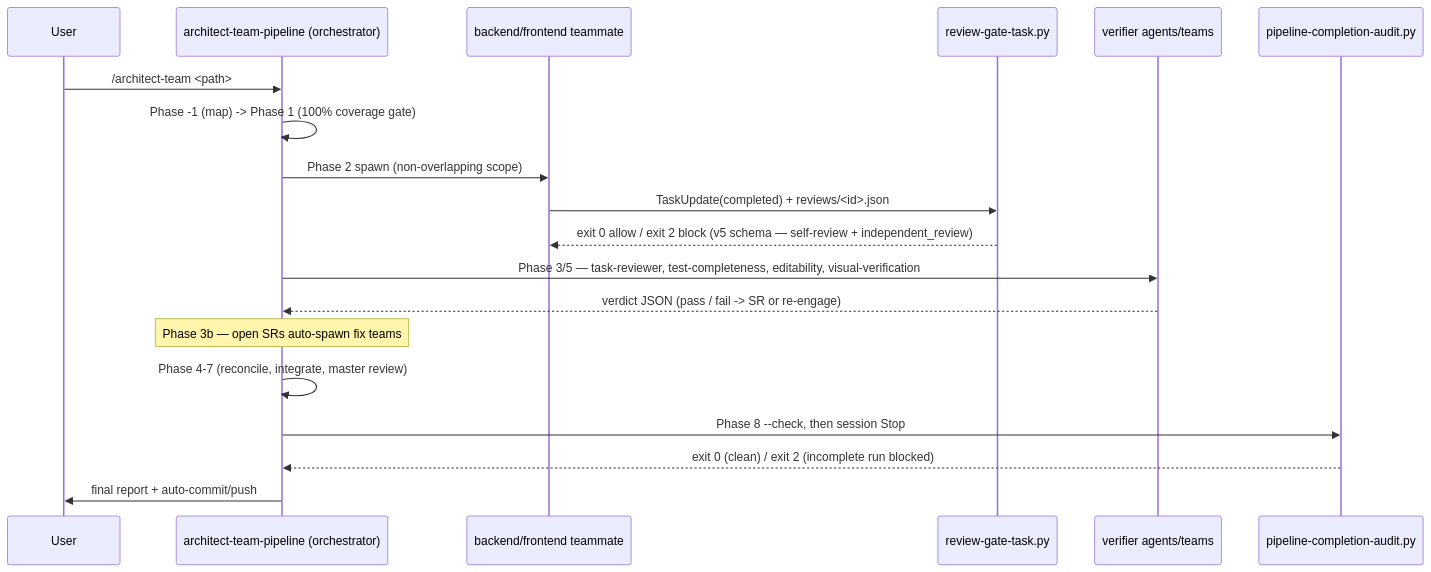
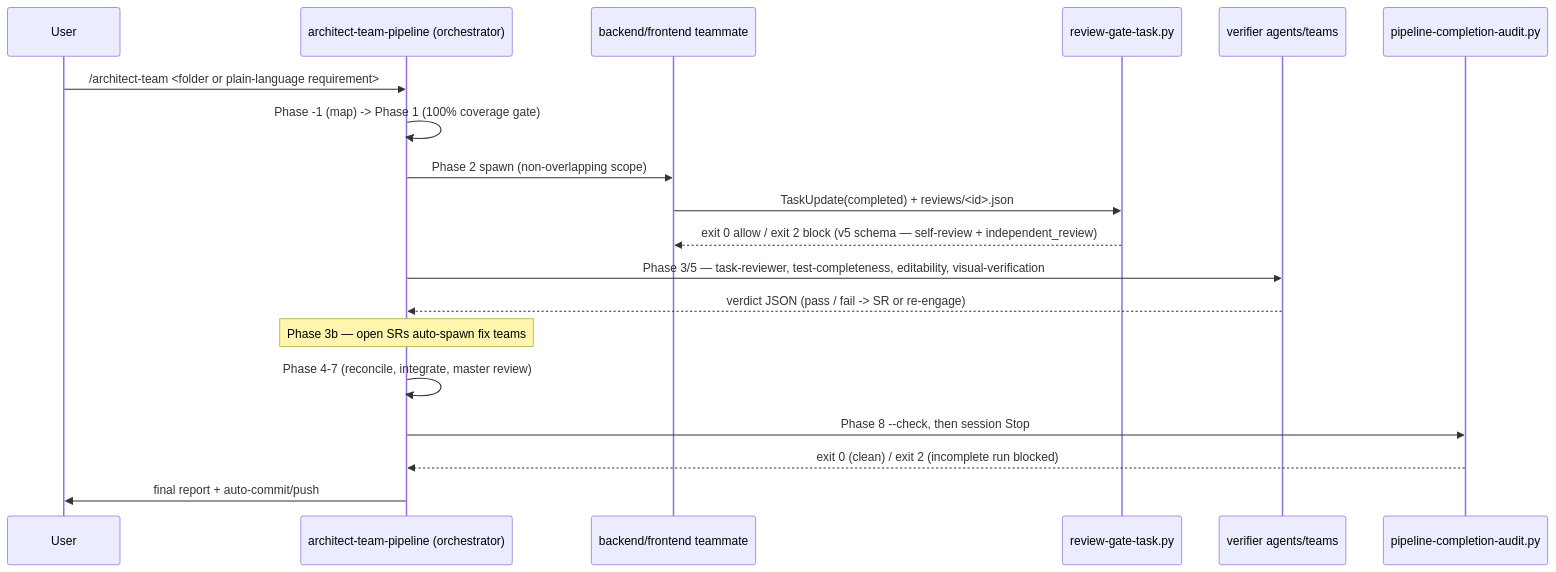
The second of 2 diagrams in docs/CODEBASE_MAP.md (paulingram/claude-skills), drawn with Mermaid before and after one commit. The commit also changed other lines of this file and 19 other files, not shown here.

````diff
--- a/docs/CODEBASE_MAP.md
+++ b/docs/CODEBASE_MAP.md
@@ -180,22 +191,22 @@
 ```mermaid
 sequenceDiagram
     participant User
     participant Orch as architect-team-pipeline (orchestrator)
     participant Team as backend/frontend teammate
     participant Gate as review-gate-task.py
     participant Verif as verifier agents/teams
     participant Stop as pipeline-completion-audit.py
 
-    User->>Orch: /architect-team <path>
+    User->>Orch: /architect-team <folder or plain-language requirement>
     Orch->>Orch: Phase -1 (map) -> Phase 1 (100% coverage gate)
     Orch->>Team: Phase 2 spawn (non-overlapping scope)
     Team->>Gate: TaskUpdate(completed) + reviews/<id>.json
     Gate-->>Team: exit 0 allow / exit 2 block (v5 schema — self-review + independent_review)
     Orch->>Verif: Phase 3/5 — task-reviewer, test-completeness, editability, visual-verification
     Verif-->>Orch: verdict JSON (pass / fail -> SR or re-engage)
     Note over Orch: Phase 3b — open SRs auto-spawn fix teams
     Orch->>Orch: Phase 4-7 (reconcile, integrate, master review)
     Orch->>Stop: Phase 8 --check, then session Stop
     Stop-->>Orch: exit 0 (clean) / exit 2 (incomplete run blocked)
     Orch->>User: final report + auto-commit/push
 ```
````
